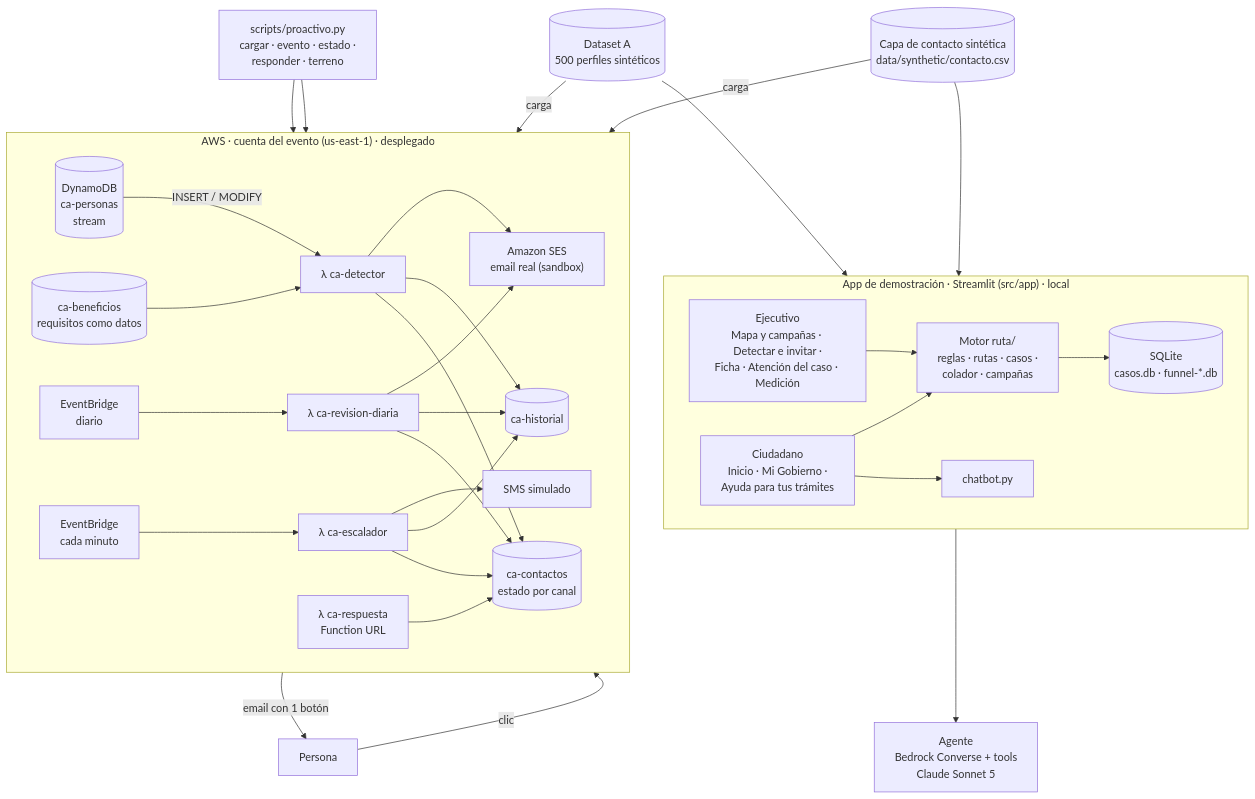
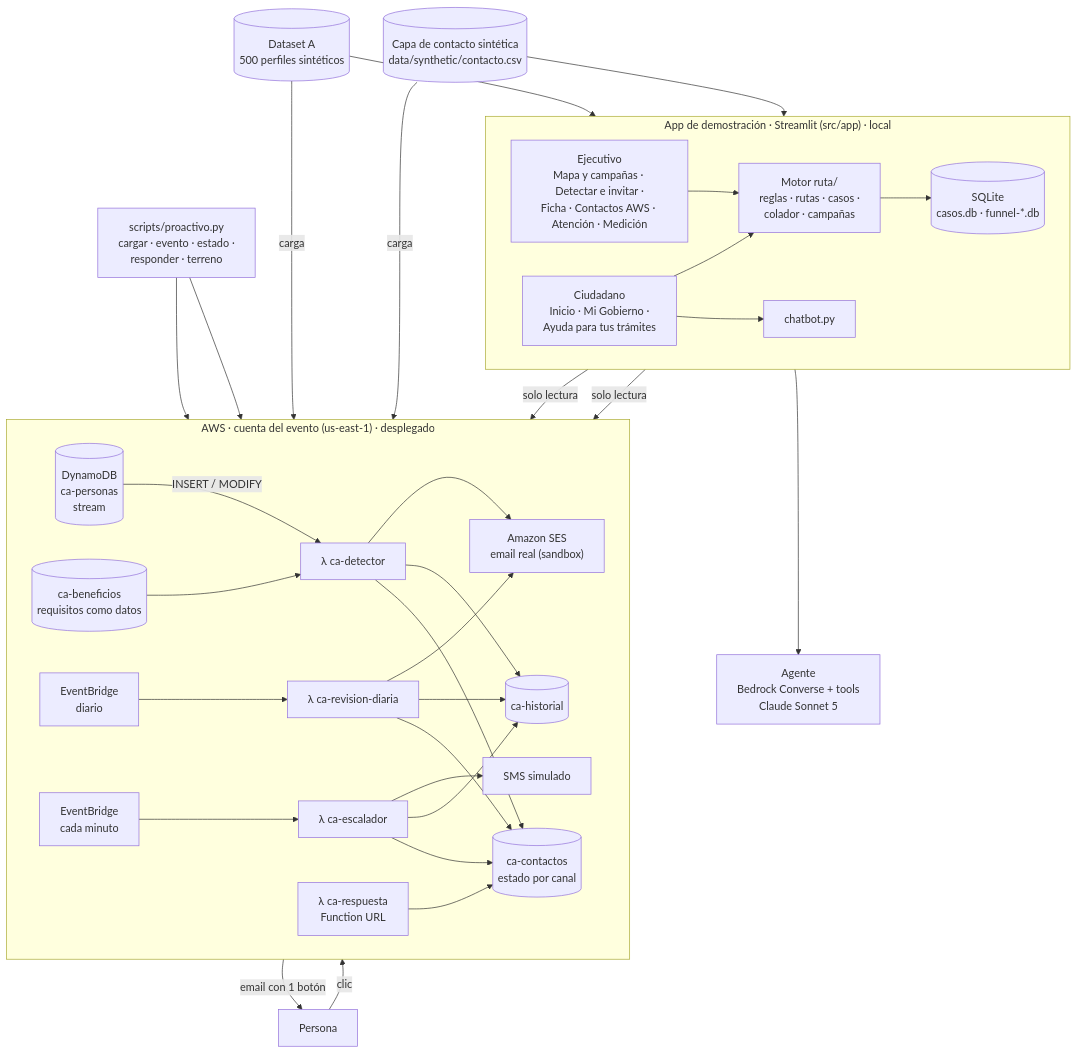
One commit to clementediv/hackaton-aws changed the third of 3 diagrams in 20-arquitectura/arquitectura-chileatiende.md. Above: the diagram before and after it, drawn with Mermaid. The commit also changed other lines of this file and 7 other files, not shown here.

First line of the commit message:
Mostrar en la app los contactos de AWS y explicar la arquitectura sin tecnicismos

````diff
--- a/20-arquitectura/arquitectura-chileatiende.md
+++ b/20-arquitectura/arquitectura-chileatiende.md
@@ -45,35 +92,37 @@
 ```mermaid
 flowchart TB
   subgraph AWS["AWS · cuenta del evento (us-east-1) · desplegado"]
     direction LR
     P[("DynamoDB<br/>ca-personas<br/>stream")] -->|INSERT / MODIFY| DET["λ ca-detector"]
     B[("ca-beneficios<br/>requisitos como datos")] --> DET
     EB1["EventBridge<br/>diario"] --> DIA["λ ca-revision-diaria"]
     EB2["EventBridge<br/>cada minuto"] --> ESC["λ ca-escalador"]
     DET --> CO[("ca-contactos<br/>estado por canal")]
     DIA --> CO
     ESC --> CO
     DET & DIA & ESC --> HI[("ca-historial")]
     DET & DIA --> SES["Amazon SES<br/>email real (sandbox)"]
     ESC --> SMS["SMS simulado"]
     URL["λ ca-respuesta<br/>Function URL"] --> CO
   end
   SES -->|email con 1 botón| PER["Persona"]
   PER -->|clic| URL
   CLI["scripts/proactivo.py<br/>cargar · evento · estado ·<br/>responder · terreno"] --> P
   CLI --> CO
 
   subgraph APP["App de demostración · Streamlit (src/app) · local"]
     direction LR
     CIU["Ciudadano<br/>Inicio · Mi Gobierno ·<br/>Ayuda para tus trámites"]
-    EJE["Ejecutivo<br/>Mapa y campañas · Detectar e invitar ·<br/>Ficha · Atención del caso · Medición"]
+    EJE["Ejecutivo<br/>Mapa y campañas · Detectar e invitar ·<br/>Ficha · Contactos AWS · Atención · Medición"]
     CIU & EJE --> MOT["Motor ruta/<br/>reglas · rutas · casos ·<br/>colador · campañas"]
     MOT --> SQL[("SQLite<br/>casos.db · funnel-*.db")]
     CIU --> BOT["chatbot.py"]
   end
   BOT --> AG["Agente<br/>Bedrock Converse + tools<br/>Claude Sonnet 5"]
+  EJE -->|"solo lectura"| CO
+  EJE -->|"solo lectura"| HI
   DS[("Dataset A<br/>500 perfiles sintéticos")] --> MOT
   DS -->|carga| P
   CX[("Capa de contacto sintética<br/>data/synthetic/contacto.csv")] --> MOT
   CX -->|carga| P
 ```
````
